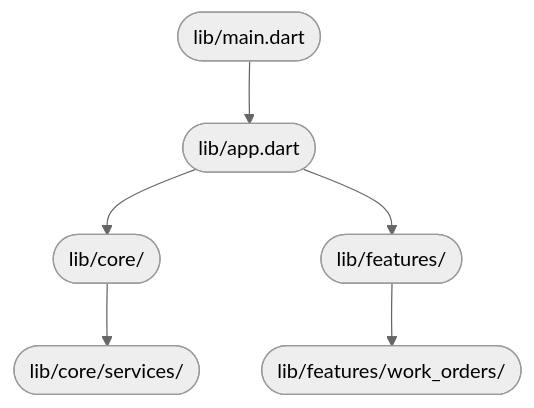
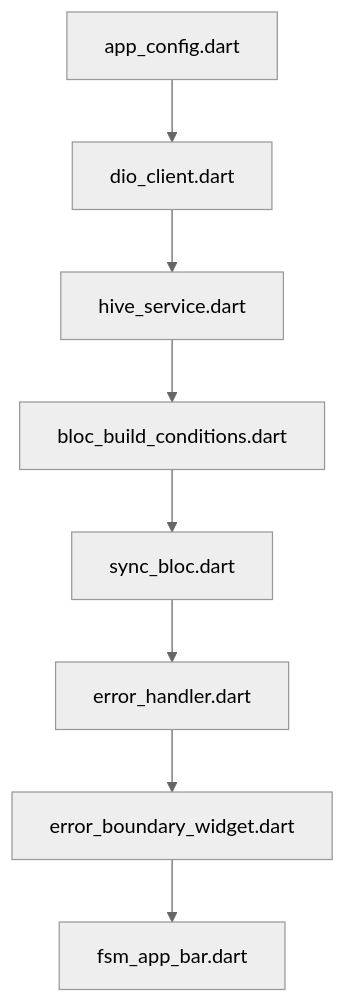
One commit to jahnavi783/fsm changed the diagram in DOCUMENTATION.md. Above: the diagram before and after it, drawn with Mermaid (neutral theme). The commit also changed other lines of this file, not shown here.

````diff
--- a/DOCUMENTATION.md
+++ b/DOCUMENTATION.md
@@ -35,8 +44,10 @@
 ```mermaid
 flowchart TD
-    A([lib/main.dart]) --> B([lib/app.dart])
-    B --> C([lib/core/])
-    B --> D([lib/features/])
-    C --> E([lib/core/services/])
-    D --> F([lib/features/work_orders/])
+    A[app_config.dart] --> B[dio_client.dart]
+    B --> C[hive_service.dart]
+    C --> D[bloc_build_conditions.dart]
+    D --> E[sync_bloc.dart]
+    E --> F[error_handler.dart]
+    F --> G[error_boundary_widget.dart]
+    G --> H[fsm_app_bar.dart]
 ```
````
